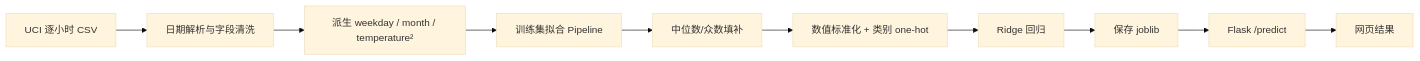
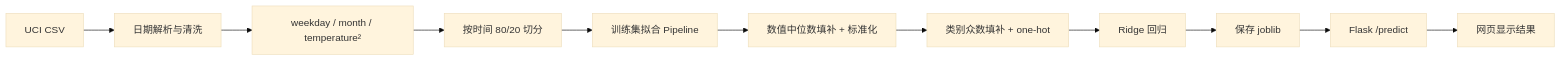
The diagram in PRESENTATION.md (Ouy5517/ML_homework_1), drawn with Mermaid (base theme) before and after one commit. The commit also changed other lines of this file, not shown here.

````diff
--- a/PRESENTATION.md
+++ b/PRESENTATION.md
@@ -24,12 +59,13 @@
 ```mermaid
 flowchart LR
-    A[UCI 逐小时 CSV] --> B[日期解析与字段清洗]
-    B --> C[派生 weekday / month / temperature²]
-    C --> D[训练集拟合 Pipeline]
-    D --> E[中位数/众数填补]
-    E --> F[数值标准化 + 类别 one-hot]
-    F --> G[Ridge 回归]
-    G --> H[保存 joblib]
-    H --> I[Flask /predict]
-    I --> J[网页结果]
+    A[UCI CSV] --> B[日期解析与清洗]
+    B --> C[weekday / month / temperature²]
+    C --> D[按时间 80/20 切分]
+    D --> E[训练集拟合 Pipeline]
+    E --> F[数值中位数填补 + 标准化]
+    F --> G[类别众数填补 + one-hot]
+    G --> H[Ridge 回归]
+    H --> I[保存 joblib]
+    I --> J[Flask /predict]
+    J --> K[网页显示结果]
 ```
````
